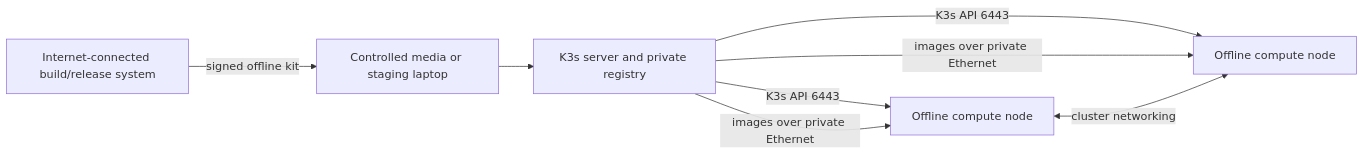
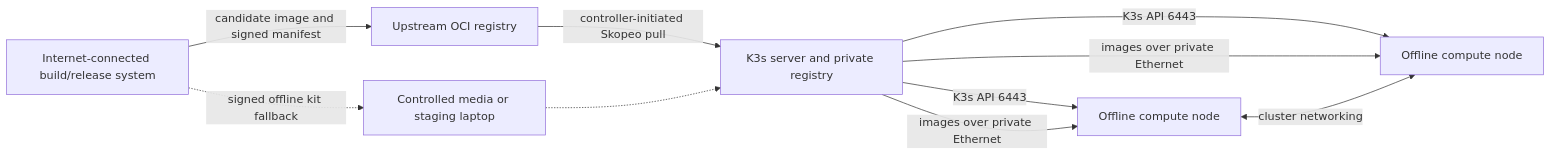
Before and after one commit to sayandip-apexflo/tvt-prototype: diagram 11 of 11 in APEXFABRIC_ARCHITECTURE.md, drawn with Mermaid. The commit also changed other lines of this file, not shown here.

Commit message:
pull based image update

````diff
--- a/APEXFABRIC_ARCHITECTURE.md
+++ b/APEXFABRIC_ARCHITECTURE.md
@@ -328,10 +429,12 @@
 ```mermaid
 flowchart LR
-    Internet[Internet-connected build/release system] -->|signed offline kit| Media[Controlled media or staging laptop]
-    Media --> Server[K3s server and private registry]
+    CI[Internet-connected build/release system] -->|candidate image and signed manifest| Upstream[Upstream OCI registry]
+    Upstream -->|controller-initiated Skopeo pull| Server[K3s server and private registry]
+    CI -.->|signed offline kit fallback| Media[Controlled media or staging laptop]
+    Media -.-> Server
     Server -->|K3s API 6443| Agent1[Offline compute node]
     Server -->|images over private Ethernet| Agent1
     Server -->|K3s API 6443| Agent2[Offline compute node]
     Server -->|images over private Ethernet| Agent2
     Agent1 <-->|cluster networking| Agent2
 ```
````
